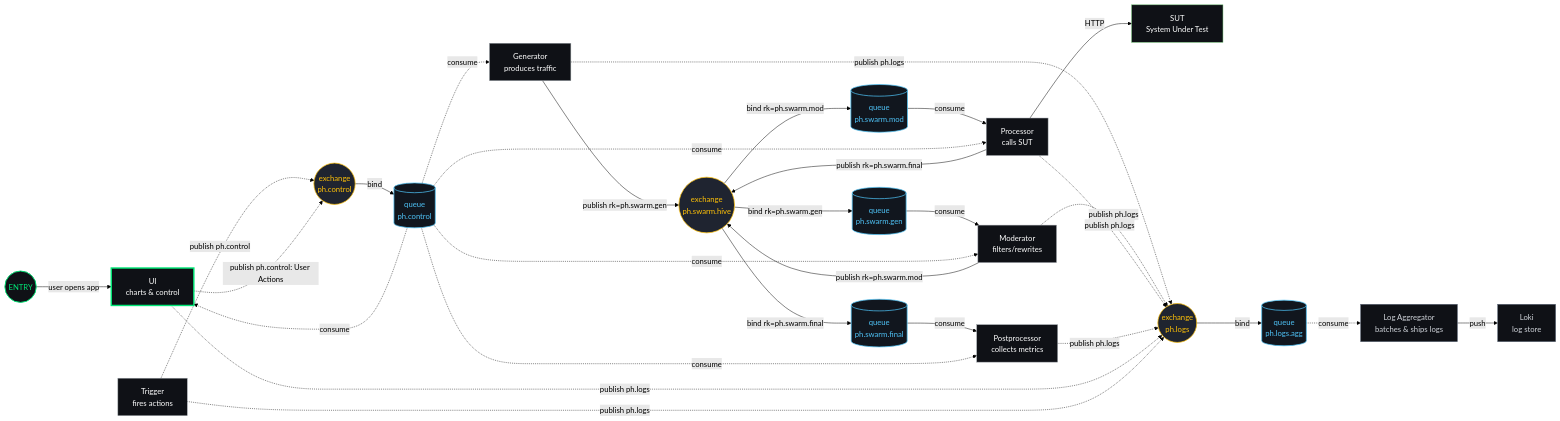
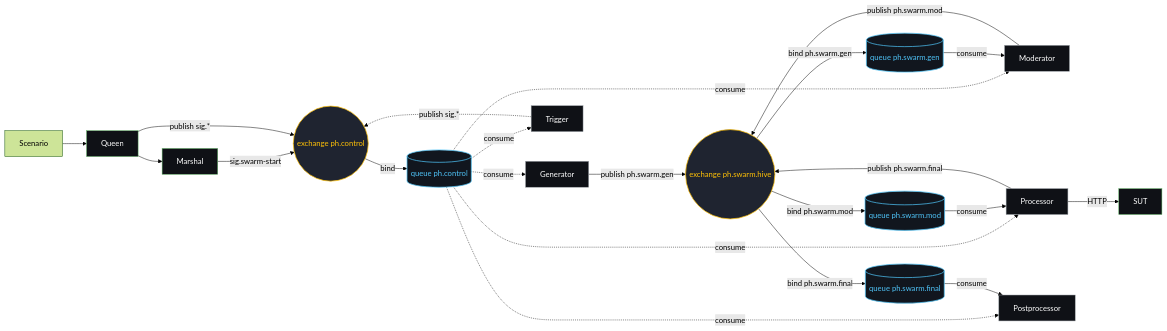
One commit to sepa79/PocketHive changed the first of 4 diagrams in docs/ARCHITECTURE.md. Above: the diagram before and after it, drawn with Mermaid (forest theme). The commit also changed 1 other file, not shown here.

Commit message:
docs: refine architecture diagrams

````diff
--- a/docs/ARCHITECTURE.md
+++ b/docs/ARCHITECTURE.md
@@ -11,91 +11,57 @@
 ```mermaid
 flowchart LR
-  %% Components (apps & services)
-  UI[UI<br/>charts & control]
-  G[Generator<br/>produces traffic]
-  M[Moderator<br/>filters/rewrites]
-  P[Processor<br/>calls SUT]
-  PP[Postprocessor<br/>collects metrics]
-  T[Trigger<br/>fires actions]
-  LA[Log Aggregator<br/>batches & ships logs]
-  LOKI[Loki<br/>log store]
-  S[SUT<br/>System Under Test]
+  %% Actors
+  SC[Scenario]
+  QN[Queen]
+  MSH[Marshal]
+  G[Generator]
+  M[Moderator]
+  P[Processor]
+  PP[Postprocessor]
+  T[Trigger]
+  S[SUT]
 
   %% Exchanges
-  Xhive((exchange<br/>ph.swarm.hive))
-  Xctrl((exchange<br/>ph.control))
-  Xlogs((exchange<br/>ph.logs))
+  Xhive((exchange ph.swarm.hive))
+  Xctrl((exchange ph.control))
 
   %% Queues
-  Qgen[(queue<br/>ph.swarm.gen)]
-  Qmod[(queue<br/>ph.swarm.mod)]
-  Qfinal[(queue<br/>ph.swarm.final)]
-  Qctrl[(queue<br/>ph.control)]
-  Qlogs[(queue<br/>ph.logs.agg)]
+  Qgen[(queue ph.swarm.gen)]
+  Qmod[(queue ph.swarm.mod)]
+  Qfinal[(queue ph.swarm.final)]
+  Qctrl[(queue ph.control)]
 
-  %% Bindings
-  Xhive -->|bind rk=ph.swarm.gen| Qgen
-  Xhive -->|bind rk=ph.swarm.mod| Qmod
-  Xhive -->|bind rk=ph.swarm.final| Qfinal
+  %% Scenario and control flow
+  SC --> QN --> MSH
+  MSH -->|sig.swarm-start| Xctrl
+  QN -->|publish sig.*| Xctrl
   Xctrl -->|bind| Qctrl
-  Xlogs -->|bind| Qlogs
-
-  %% ENTRY POINT (highlighted) → UI
-  EP((ENTRY))
-  EP -->|user opens app| UI
-
-  %% Business flow via ph.swarm.hive
-  G -->|publish rk=ph.swarm.gen| Xhive
-  Qgen -->|consume| M
-
-  M -->|publish rk=ph.swarm.mod| Xhive
-  Qmod -->|consume| P
-
-  P -->|publish rk=ph.swarm.final| Xhive
-  Qfinal -->|consume| PP
-
-  %% Control channel (dashed)
-  T  -.->|publish ph.control| Xctrl
-  UI -.->|publish ph.control: User Actions| Xctrl
   Qctrl -.->|consume| G
   Qctrl -.->|consume| M
   Qctrl -.->|consume| P
   Qctrl -.->|consume| PP
-  Qctrl -.->|consume| UI
+  Qctrl -.->|consume| T
+  T  -.->|publish sig.*| Xctrl
 
-  %% Logs: all components publish; LA consumes and ships to Loki
-  G  -.->|publish ph.logs| Xlogs
-  M  -.->|publish ph.logs| Xlogs
-  P  -.->|publish ph.logs| Xlogs
-  PP -.->|publish ph.logs| Xlogs
-  UI -.->|publish ph.logs| Xlogs
-  T  -.->|publish ph.logs| Xlogs
+  %% Workload flow via ph.swarm.hive
+  G -->|publish ph.swarm.gen| Xhive
+  Xhive -->|bind ph.swarm.gen| Qgen -->|consume| M
+  M -->|publish ph.swarm.mod| Xhive
+  Xhive -->|bind ph.swarm.mod| Qmod -->|consume| P
+  P -->|publish ph.swarm.final| Xhive
+  Xhive -->|bind ph.swarm.final| Qfinal -->|consume| PP
 
-  Qlogs -.->|consume| LA
-  LA -->|push| LOKI
-
-  %% Direct HTTP call to SUT
+  %% Direct call to SUT
   P -->|HTTP| S
 
   %% Styling
   classDef app fill:#0f1116,stroke:#9aa0a6,color:#ffffff,stroke-width:1;
-  classDef ui  fill:#0f1116,stroke:#ab47bc,color:#ffffff,stroke-width:1;
   classDef svc fill:#0f1116,stroke:#66bb6a,color:#ffffff,stroke-width:1;
-  classDef infra fill:#0f1116,stroke:#5e6a7d,color:#d1d5db,stroke-width:1;
-
   classDef ex  fill:#1f2430,stroke:#ffc107,color:#ffc107,stroke-width:1.5;
   classDef q   fill:#11161e,stroke:#4fc3f7,color:#4fc3f7,stroke-width:1.5;
 
-  classDef entry fill:#0f1116,stroke:#00e676,color:#00e676,stroke-width:2;
-
   class G,M,P,PP,T app;
-  class UI ui;
-  class S svc;
-  class LA,LOKI infra;
-  class Xhive,Xctrl,Xlogs ex;
-  class Qgen,Qmod,Qfinal,Qctrl,Qlogs q;
-  class EP entry;
-
-  %% Extra highlight on UI border (thicker green)
-  style UI stroke:#00e676,stroke-width:3px;
+  class QN,MSH,S svc;
+  class Xhive,Xctrl ex;
+  class Qgen,Qmod,Qfinal,Qctrl q;
 ```
````
